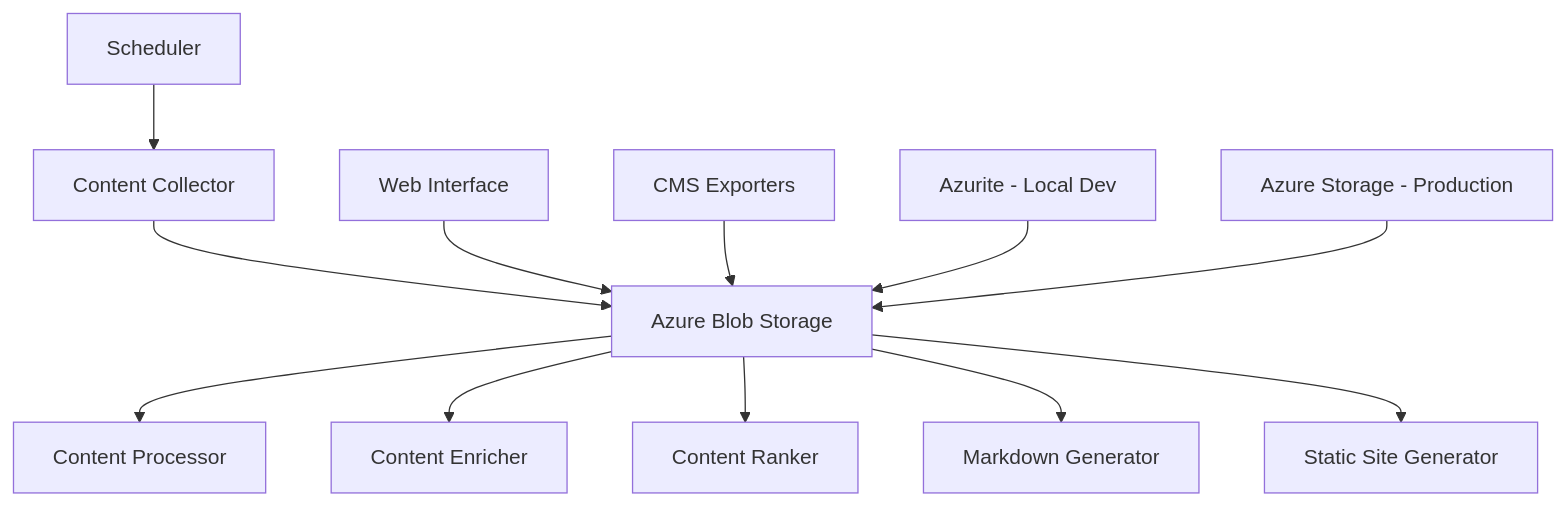
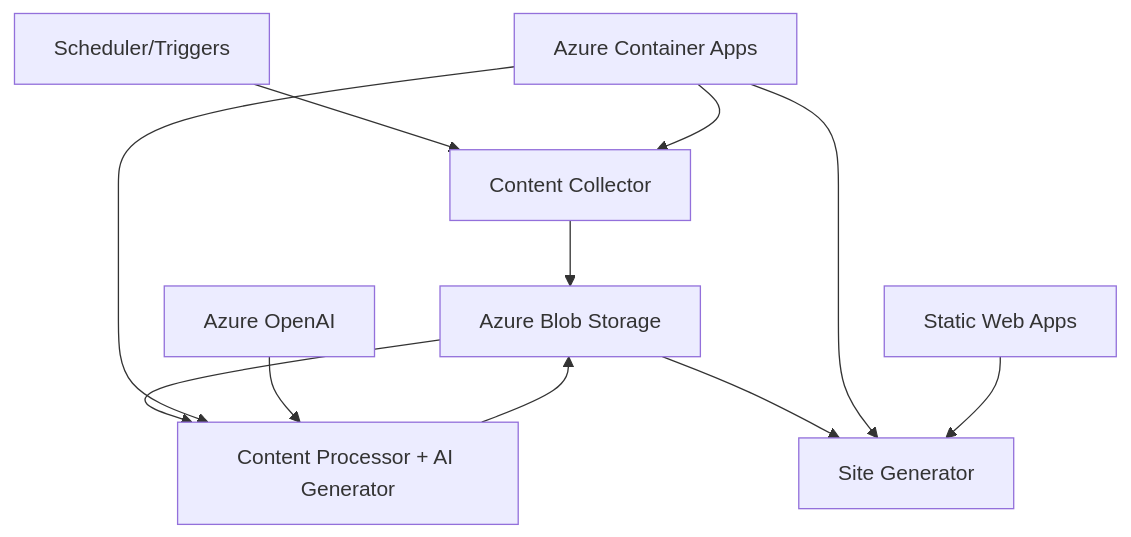
The diagram in docs/SYSTEM_ARCHITECTURE.md (Hardcoreprawn/ai-content-farm), drawn with Mermaid before and after one commit. The commit also changed other lines of this file and 3 other files, not shown here.

First line of the commit message:
Connect real Azure OpenAI to content generation endpoints - addresses #417

````diff
--- a/docs/SYSTEM_ARCHITECTURE.md
+++ b/docs/SYSTEM_ARCHITECTURE.md
@@ -29,16 +29,15 @@
 ```mermaid
 graph TD
     A[Content Collector] --> B[Azure Blob Storage]
-    B --> C[Content Processor]
-    B --> D[Content Enricher]
-    B --> E[Content Ranker]
-    B --> F[Markdown Generator]
-    B --> G[Static Site Generator]
+    B --> C[Content Processor + AI Generator]
+    C --> B
+    B --> D[Site Generator]
     
-    H[Scheduler] --> A
-    I[Web Interface] --> B
-    J[CMS Exporters] --> B
+    E[Scheduler/Triggers] --> A
+    F[Azure Container Apps] --> A
+    F --> C  
+    F --> D
     
-    K[Azurite - Local Dev] --> B
-    L[Azure Storage - Production] --> B
+    G[Azure OpenAI] --> C
+    H[Static Web Apps] --> D
 ```
````
